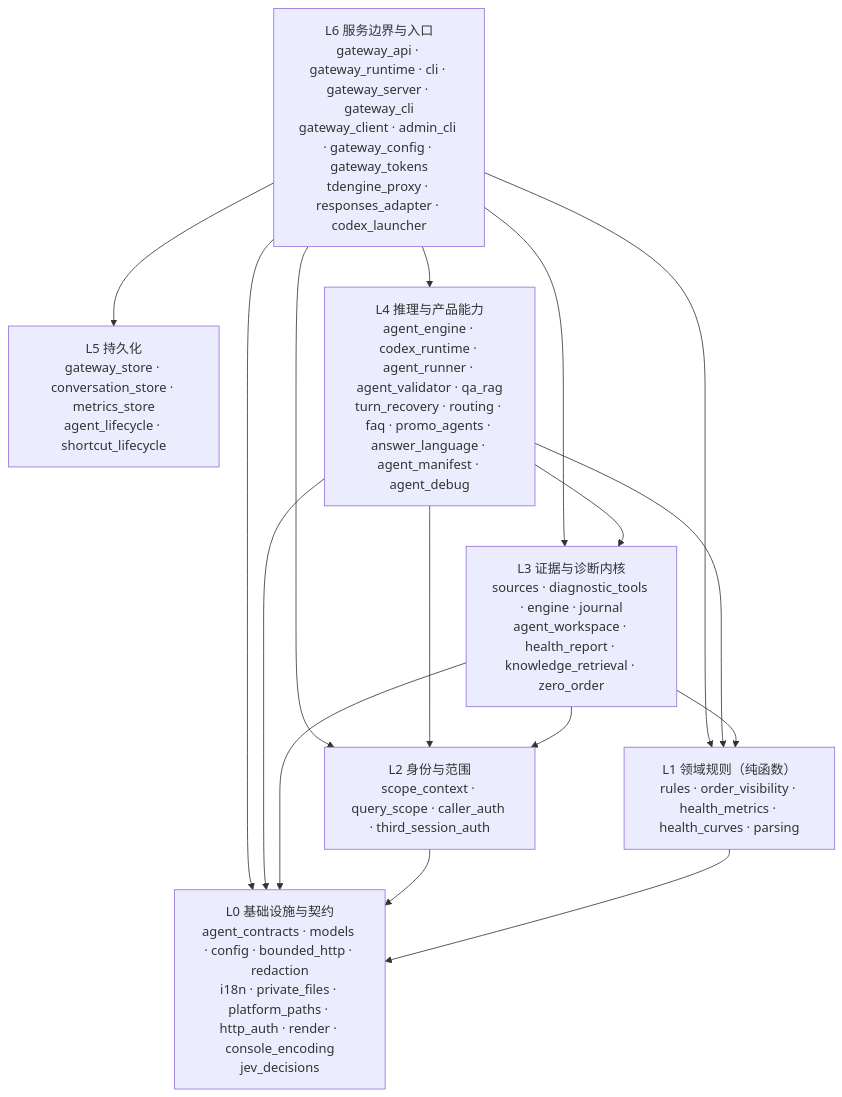
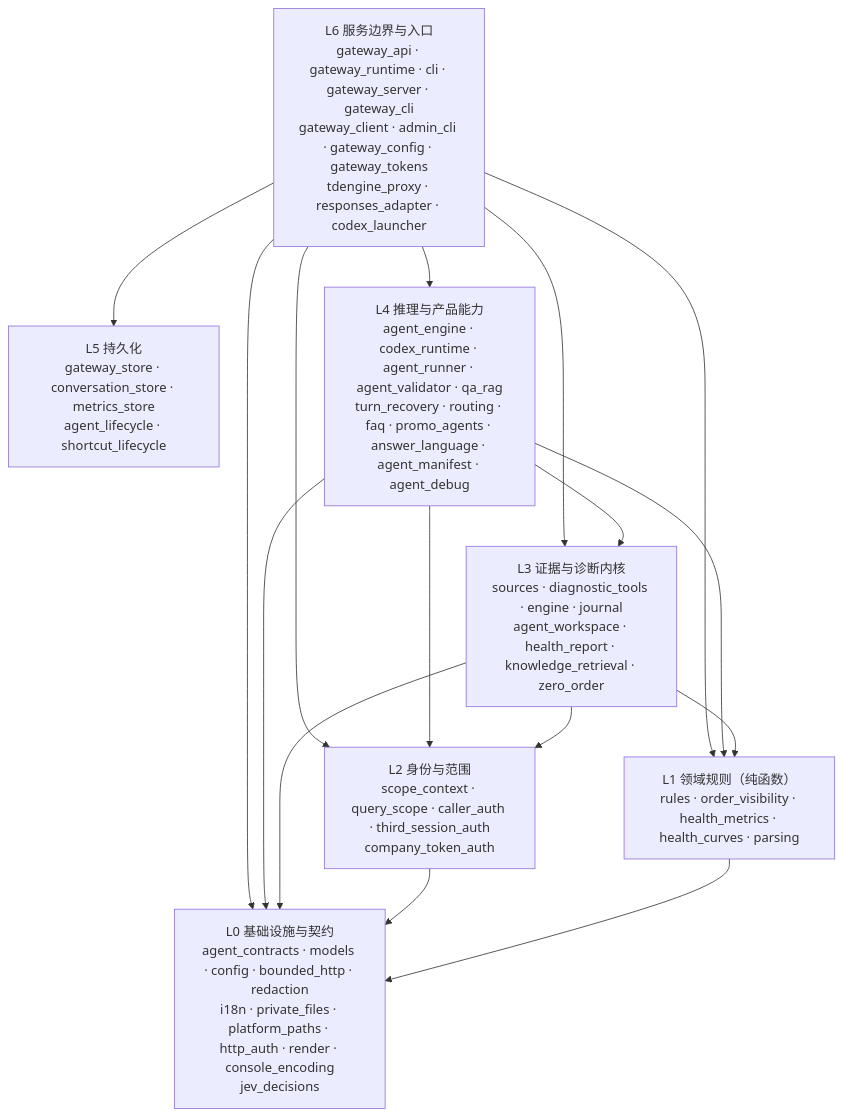
Before and after one commit to kilbertert/AI-Ops: the diagram in README.md, drawn with Mermaid. The commit also changed other lines of this file and 9 other files, not shown here.

````diff
--- a/README.md
+++ b/README.md
@@ -180,26 +180,26 @@
 ```mermaid
 flowchart TB
     L6["L6 服务边界与入口<br/>gateway_api · gateway_runtime · cli · gateway_server · gateway_cli<br/>gateway_client · admin_cli · gateway_config · gateway_tokens<br/>tdengine_proxy · responses_adapter · codex_launcher"]
     L5["L5 持久化<br/>gateway_store · conversation_store · metrics_store<br/>agent_lifecycle · shortcut_lifecycle"]
     L4["L4 推理与产品能力<br/>agent_engine · codex_runtime · agent_runner · agent_validator · qa_rag<br/>turn_recovery · routing · faq · promo_agents · answer_language · agent_manifest · agent_debug"]
     L3["L3 证据与诊断内核<br/>sources · diagnostic_tools · engine · journal<br/>agent_workspace · health_report · knowledge_retrieval · zero_order"]
-    L2["L2 身份与范围<br/>scope_context · query_scope · caller_auth · third_session_auth"]
+    L2["L2 身份与范围<br/>scope_context · query_scope · caller_auth · third_session_auth<br/>company_token_auth"]
     L1["L1 领域规则（纯函数）<br/>rules · order_visibility · health_metrics · health_curves · parsing"]
     L0["L0 基础设施与契约<br/>agent_contracts · models · config · bounded_http · redaction<br/>i18n · private_files · platform_paths · http_auth · render · console_encoding<br/>jev_decisions"]
 
     L6 --> L5
     L6 --> L4
     L6 --> L3
     L6 --> L2
     L6 --> L1
     L6 --> L0
     L4 --> L3
     L4 --> L2
     L4 --> L1
     L4 --> L0
     L3 --> L2
     L3 --> L1
     L3 --> L0
     L2 --> L0
     L1 --> L0
 ```
````
